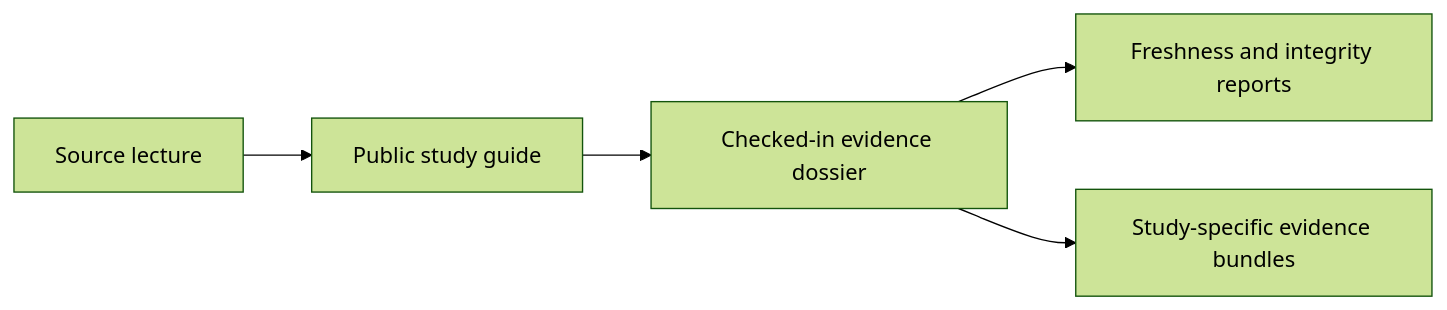
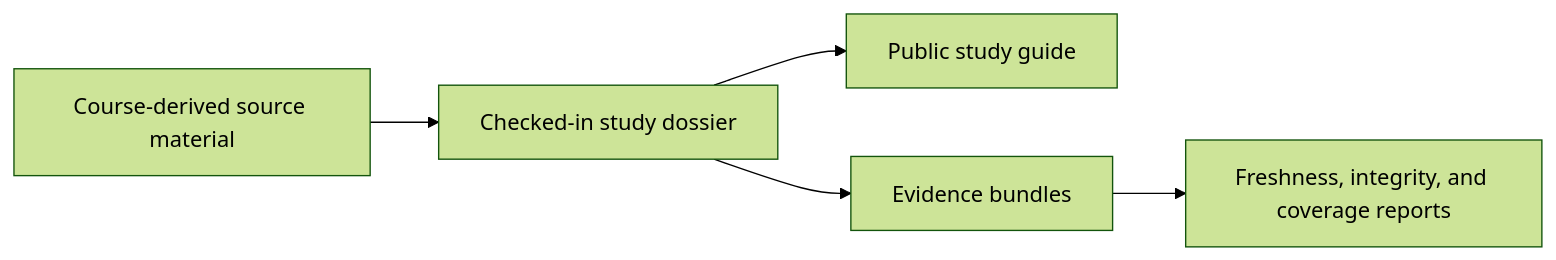
One commit to bijux/bijux-phylogenetics changed the diagram in docs/phylogenetics-evidence-book/index.md. Above: the diagram before and after it, drawn with Mermaid (forest theme). The commit also changed other lines of this file and 12 other files, not shown here.

Commit message:
docs(evidence): rewrite pcm study guides for readers

````diff
--- a/docs/phylogenetics-evidence-book/index.md
+++ b/docs/phylogenetics-evidence-book/index.md
@@ -22,7 +20,7 @@
 ```mermaid
 flowchart LR
-    A[Source lecture] --> B[Public study guide]
-    B --> C[Checked-in evidence dossier]
-    C --> D[Freshness and integrity reports]
-    C --> E[Study-specific evidence bundles]
+    A[Course-derived source material] --> B[Checked-in study dossier]
+    B --> C[Public study guide]
+    B --> D[Evidence bundles]
+    D --> E[Freshness, integrity, and coverage reports]
 ```
````
